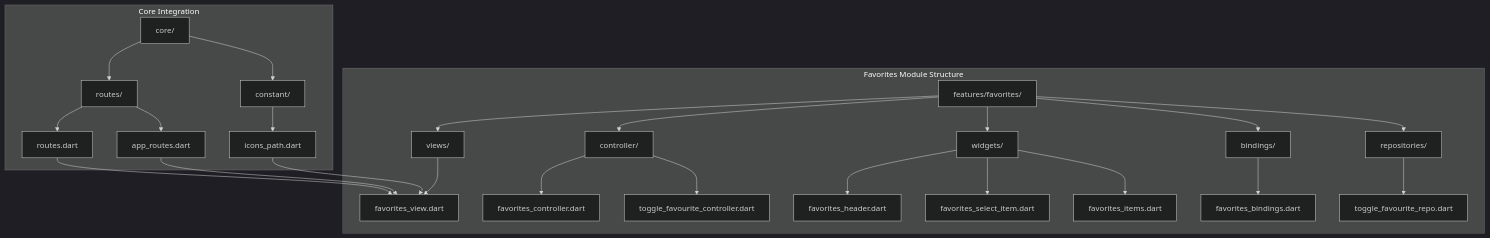
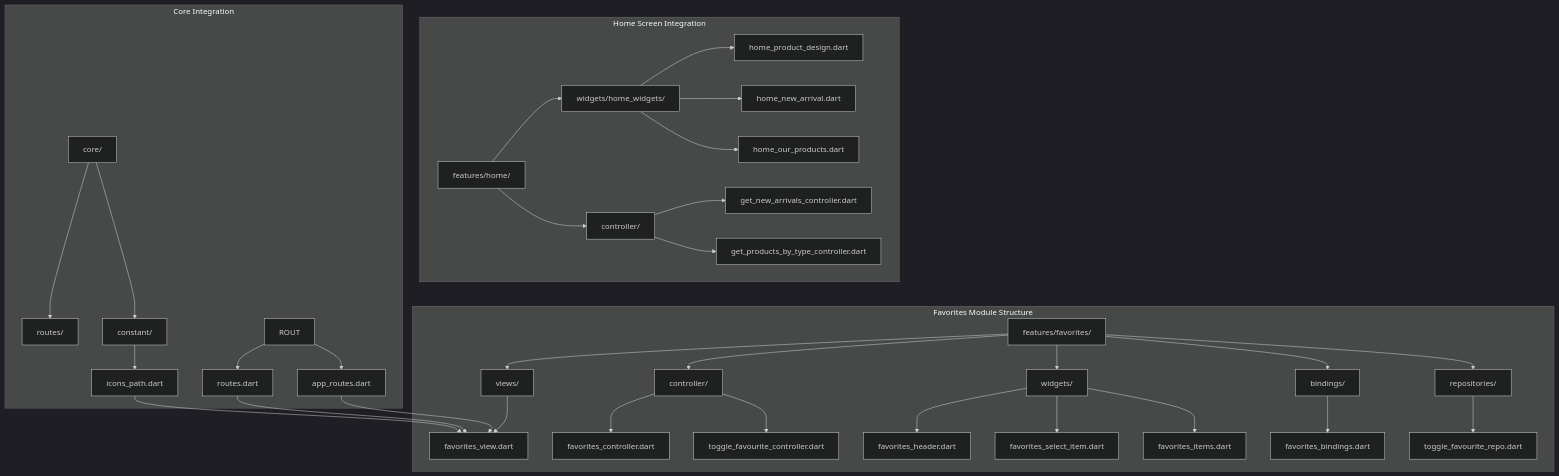
The first of 10 diagrams in .qoder/repowiki/en/content/Core Features/Favorites Module.md (Ariful3111/FurniGo), drawn with Mermaid (dark theme) before and after one commit. The commit also changed other lines of this file and 13 other files, not shown here.

````diff
--- a/.qoder/repowiki/en/content/Core Features/Favorites Module.md
+++ b/.qoder/repowiki/en/content/Core Features/Favorites Module.md
@@ -47,30 +61,40 @@
 ```mermaid
 graph TB
 subgraph "Favorites Module Structure"
 FM["features/favorites/"]
 FM --> V["views/"]
 FM --> C["controller/"]
 FM --> W["widgets/"]
 FM --> B["bindings/"]
 FM --> R["repositories/"]
 V --> FV["favorites_view.dart"]
 C --> FC["favorites_controller.dart"]
 C --> TFC["toggle_favourite_controller.dart"]
 R --> TFR["toggle_favourite_repo.dart"]
 W --> FH["favorites_header.dart"]
 W --> FS["favorites_select_item.dart"]
 W --> FI["favorites_items.dart"]
 B --> FB["favorites_bindings.dart"]
 end
+subgraph "Home Screen Integration"
+HS["features/home/"]
+HS --> HW["widgets/home_widgets/"]
+HS --> HC["controller/"]
+HW --> HPD["home_product_design.dart"]
+HW --> HNA["home_new_arrival.dart"]
+HW --> HOP["home_our_products.dart"]
+HC --> GNAC["get_new_arrivals_controller.dart"]
+HC --> GPB["get_products_by_type_controller.dart"]
+end
 subgraph "Core Integration"
 CORE["core/"]
 CORE --> ROUTES["routes/"]
 CORE --> CONST["constant/"]
-ROUTES --> RT["routes.dart"]
-ROUTES --> AR["app_routes.dart"]
+ROUT --> RT["routes.dart"]
+ROUT --> AR["app_routes.dart"]
 CONST --> IP["icons_path.dart"]
 RT --> FV
 AR --> FV
 IP --> FV
 end
 ```
````
